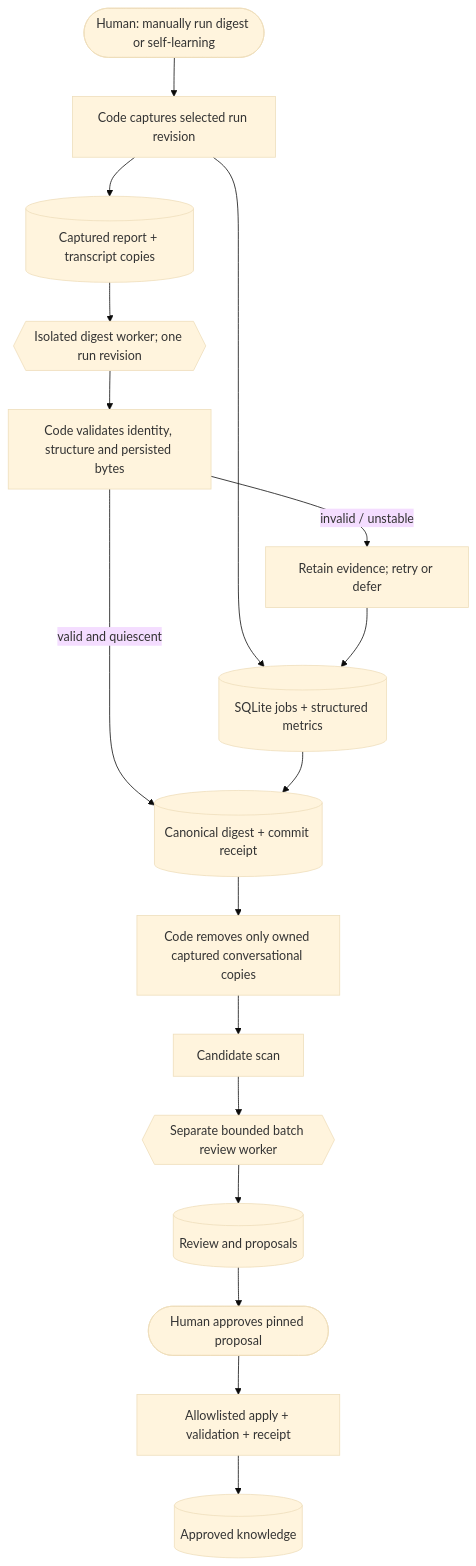
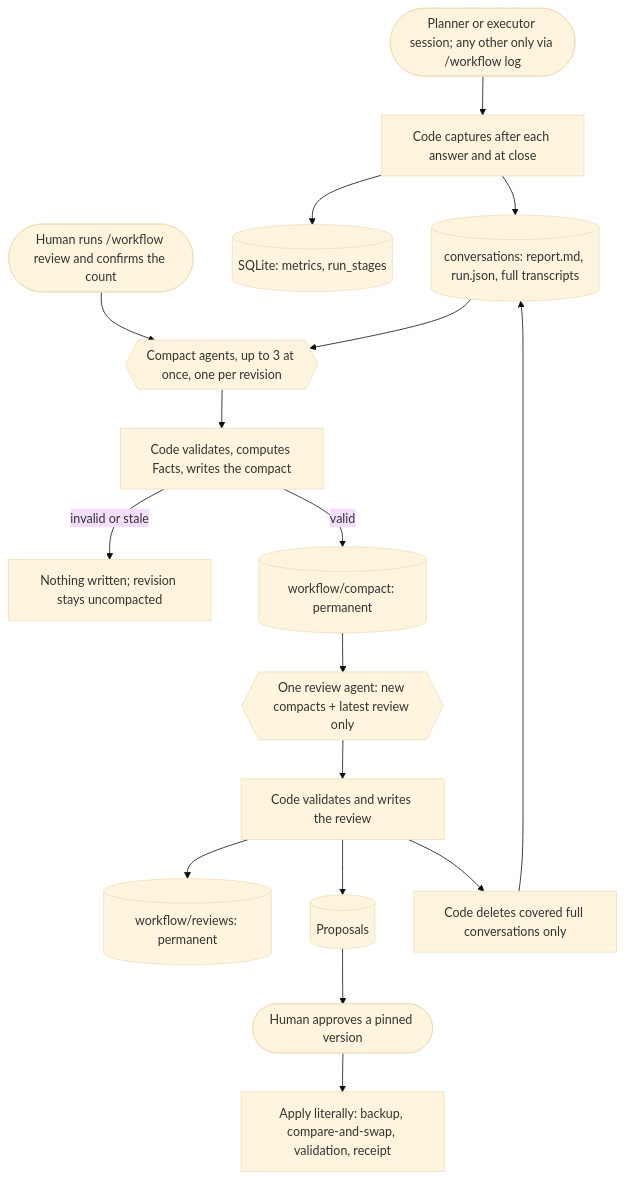
The second of 5 diagrams in docs/architecture.md (Jero110/pi-house), drawn with Mermaid (base theme) before and after one commit. The commit also changed other lines of this file and 5 other files, not shown here.

First line of the commit message:
docs: describe the vault, compact and review loop and retire /workflow report

````diff
--- a/docs/architecture.md
+++ b/docs/architecture.md
@@ -26,15 +26,19 @@
 ```mermaid
 flowchart TB
-  H([Human: manually run digest or self-learning]) --> C[Code captures selected run revision]
-  C --> R[(Captured report + transcript copies)]
-  C --> Q[(SQLite jobs + structured metrics)]
-  R --> D{{Isolated digest worker; one run revision}}
-  D --> V[Code validates identity, structure and persisted bytes]
-  V -->|invalid / unstable| X[Retain evidence; retry or defer] --> Q
-  V -->|valid and quiescent| G[(Canonical digest + commit receipt)]
-  Q --> G
-  G --> Z[Code removes only owned captured conversational copies]
-  Z --> S[Candidate scan] --> B{{Separate bounded batch review worker}}
-  B --> P[(Review and proposals)] --> A([Human approves pinned proposal])
-  A --> I[Allowlisted apply + validation + receipt] --> K[(Approved knowledge)]
+  S([Planner or executor session; any other only via /workflow log]) --> C[Code captures after each answer and at close]
+  C --> R[(conversations: report.md, run.json, full transcripts)]
+  C --> Q[(SQLite: metrics, run_stages)]
+  H([Human runs /workflow review and confirms the count]) --> K{{Compact agents, up to 3 at once, one per revision}}
+  R --> K
+  K --> V[Code validates, computes Facts, writes the compact]
+  V -->|invalid or stale| X[Nothing written; revision stays uncompacted]
+  V -->|valid| M[(workflow/compact: permanent)]
+  M --> W{{One review agent: new compacts + latest review only}}
+  W --> B[Code validates and writes the review]
+  B --> L[(workflow/reviews: permanent)]
+  B --> P[(Proposals)]
+  B --> Z[Code deletes covered full conversations only]
+  Z --> R
+  P --> A([Human approves a pinned version])
+  A --> I[Apply literally: backup, compare-and-swap, validation, receipt]
 ```
````
